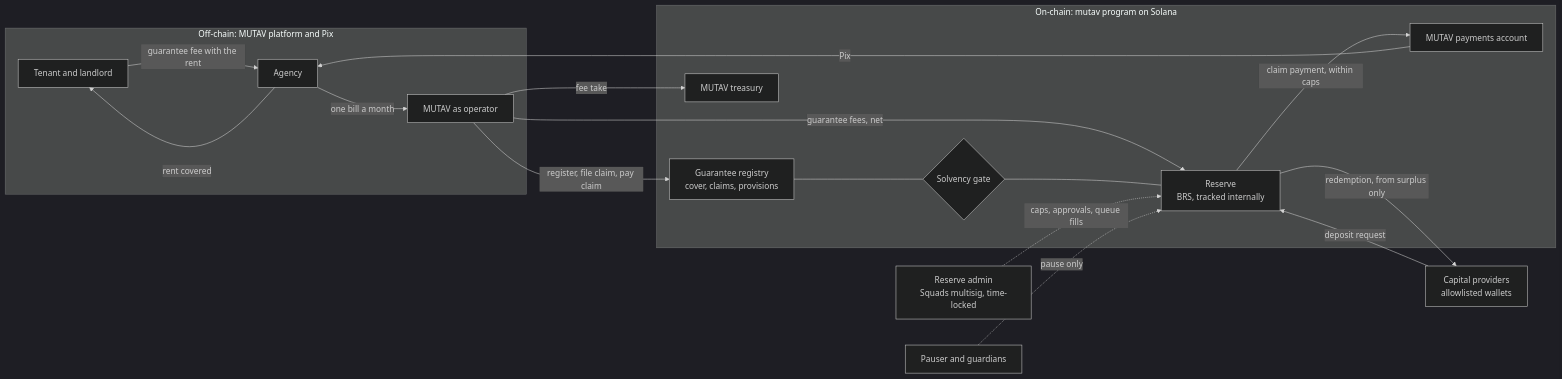
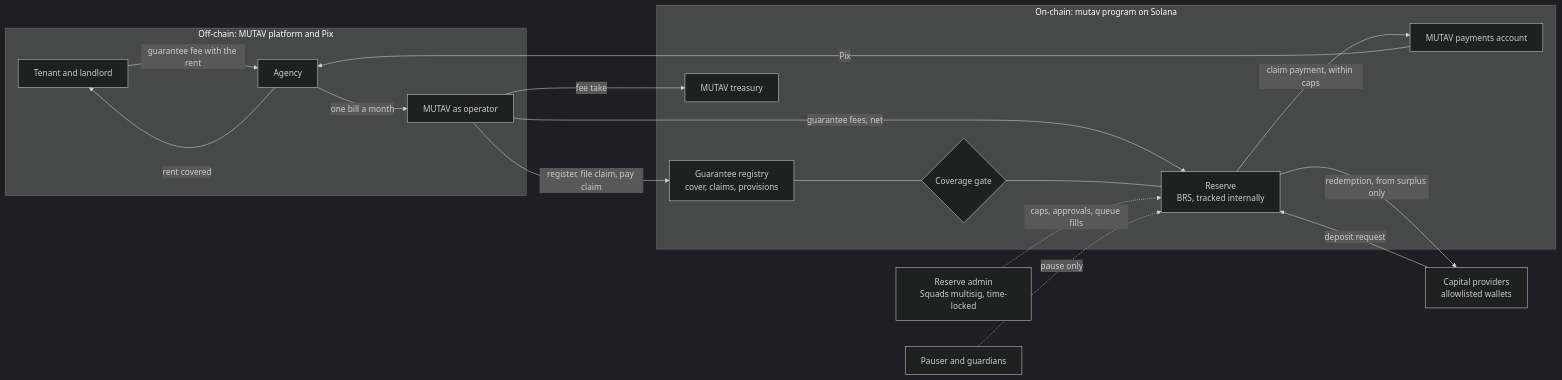
The first of 3 diagrams in docs/introduction/how-it-works.md (mutav-finance/mutav-protocol-solana), drawn with Mermaid (dark theme) before and after one commit. The commit also changed other lines of this file and 13 other files, not shown here.

````diff
--- a/docs/introduction/how-it-works.md
+++ b/docs/introduction/how-it-works.md
@@ -23,33 +23,33 @@
 ```mermaid
 flowchart LR
   subgraph OFF["Off-chain: MUTAV platform and Pix"]
     T["Tenant and landlord"]
     A["Agency"]
     OP["MUTAV as operator"]
   end
   subgraph ON["On-chain: mutav program on Solana"]
     REG["Guarantee registry<br/>cover, claims, provisions"]
     RES["Reserve<br/>BRS, tracked internally"]
-    GATE{"Solvency gate"}
+    GATE{"Coverage gate"}
     PAY["MUTAV payments account"]
     TRE["MUTAV treasury"]
   end
   CP["Capital providers<br/>allowlisted wallets"]
   ADM["Reserve admin<br/>Squads multisig, time-locked"]
   PZ["Pauser and guardians"]
 
   T -- "guarantee fee with the rent" --> A
   A -- "one bill a month" --> OP
   OP -- "register, file claim, pay claim" --> REG
   OP -- "guarantee fees, net" --> RES
   OP -- "fee take" --> TRE
   REG --- GATE
   GATE --- RES
   RES -- "claim payment, within caps" --> PAY
   PAY -- "Pix" --> A
   A -- "rent covered" --> T
   CP -- "deposit request" --> RES
   RES -- "redemption, from surplus only" --> CP
   ADM -. "caps, approvals, queue fills" .-> RES
   PZ -. "pause only" .-> RES
 ```
````
